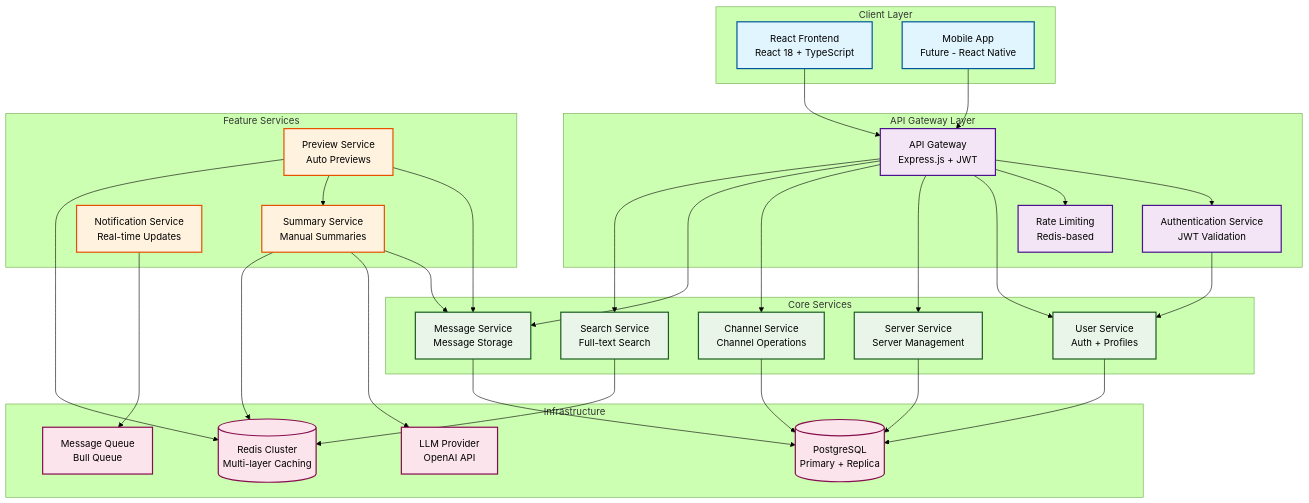
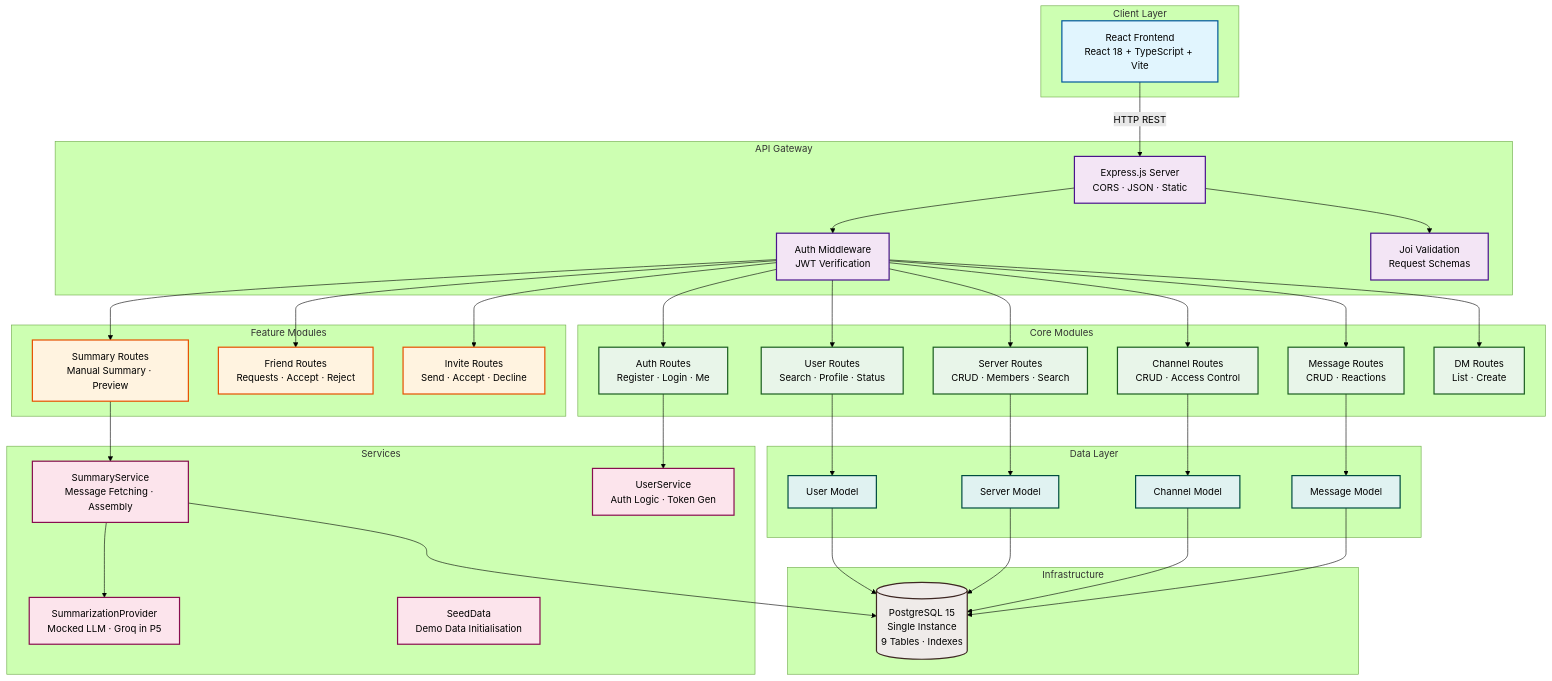
Before and after one commit to LibertyQuinzel/Web-Based-Discord-Clone: the diagram in docs/architecture/architecture_diagram.mmd, drawn with Mermaid (forest theme). The commit also changed 67 other files, not shown here.

Commit message:
P4: Backend implementation with tests, docs, and diagrams

```diff
--- a/docs/architecture/architecture_diagram.mmd
+++ b/docs/architecture/architecture_diagram.mmd
@@ -1,81 +1,96 @@
 graph TB
     subgraph "Client Layer"
-        WEB[React Frontend<br/>React 18 + TypeScript]
-        MOBILE[Mobile App<br/>Future - React Native]
+        WEB[React Frontend<br/>React 18 + TypeScript + Vite]
     end
-    
-    subgraph "API Gateway Layer"
-        GATEWAY[API Gateway<br/>Express.js + JWT]
-        AUTH[Authentication Service<br/>JWT Validation]
-        RATE[Rate Limiting<br/>Redis-based]
+
+    subgraph "API Gateway"
+        GATEWAY[Express.js Server<br/>CORS · JSON · Static]
+        AUTH_MW[Auth Middleware<br/>JWT Verification]
+        VALID[Joi Validation<br/>Request Schemas]
     end
-    
-    subgraph "Core Services"
-        USER[User Service<br/>Auth + Profiles]
-        SERVER[Server Service<br/>Server Management]
-        CHANNEL[Channel Service<br/>Channel Operations]
-        MESSAGE[Message Service<br/>Message Storage]
-        SEARCH[Search Service<br/>Full-text Search]
+
+    subgraph "Core Modules"
+        AUTH_SVC[Auth Routes<br/>Register · Login · Me]
+        USER_SVC[User Routes<br/>Search · Profile · Status]
+        SERVER_SVC[Server Routes<br/>CRUD · Members · Search]
+        CHANNEL_SVC[Channel Routes<br/>CRUD · Access Control]
+        MSG_SVC[Message Routes<br/>CRUD · Reactions]
+        DM_SVC[DM Routes<br/>List · Create]
     end
-    
-    subgraph "Feature Services"
-        SUMMARY[Summary Service<br/>Manual Summaries]
-        PREVIEW[Preview Service<br/>Auto Previews]
-        NOTIFICATION[Notification Service<br/>Real-time Updates]
+
+    subgraph "Feature Modules"
+        SUMMARY_SVC[Summary Routes<br/>Manual Summary · Preview]
+        FRIEND_SVC[Friend Routes<br/>Requests · Accept · Reject]
+        INVITE_SVC[Invite Routes<br/>Send · Accept · Decline]
     end
-    
+
+    subgraph "Services"
+        SUMMARY_LOGIC[SummaryService<br/>Message Fetching · Assembly]
+        LLM_MOCK[SummarizationProvider<br/>Mocked LLM · Groq in P5]
+        USER_LOGIC[UserService<br/>Auth Logic · Token Gen]
+        SEED[SeedData<br/>Demo Data Initialisation]
+    end
+
+    subgraph "Data Layer"
+        USER_MODEL[User Model]
+        SERVER_MODEL[Server Model]
+        CHANNEL_MODEL[Channel Model]
+        MSG_MODEL[Message Model]
+    end
+
     subgraph "Infrastructure"
-        DB[(PostgreSQL<br/>Primary + Replica)]
-        CACHE[(Redis Cluster<br/>Multi-layer Caching)]
-        QUEUE[Message Queue<br/>Bull Queue]
-        LLM[LLM Provider<br/>OpenAI API]
+        DB[(PostgreSQL 15<br/>Single Instance<br/>9 Tables · Indexes)]
     end
-    
-    %% Client connections
-    WEB --> GATEWAY
-    MOBILE --> GATEWAY
-    
-    %% Gateway internal routing
-    GATEWAY --> AUTH
-    GATEWAY --> RATE
-    
-    %% Service routing
-    AUTH --> USER
-    GATEWAY --> USER
-    GATEWAY --> SERVER
-    GATEWAY --> CHANNEL
-    GATEWAY --> MESSAGE
-    GATEWAY --> SEARCH
-    
-    %% Feature service dependencies
-    SUMMARY --> MESSAGE
-    SUMMARY --> LLM
-    PREVIEW --> MESSAGE
-    PREVIEW --> SUMMARY
-    
-    %% Database connections
-    USER --> DB
-    SERVER --> DB
-    CHANNEL --> DB
-    MESSAGE --> DB
-    
-    %% Cache connections
-    SEARCH --> CACHE
-    SUMMARY --> CACHE
-    PREVIEW --> CACHE
-    
-    %% Queue connections
-    NOTIFICATION --> QUEUE
-    
+
+    %% Client to Gateway
+    WEB -->|HTTP REST| GATEWAY
+    GATEWAY --> AUTH_MW
+    GATEWAY --> VALID
+
+    %% Gateway to Core
+    AUTH_MW --> AUTH_SVC
+    AUTH_MW --> USER_SVC
+    AUTH_MW --> SERVER_SVC
+    AUTH_MW --> CHANNEL_SVC
+    AUTH_MW --> MSG_SVC
+    AUTH_MW --> DM_SVC
+
+    %% Gateway to Features
+    AUTH_MW --> SUMMARY_SVC
+    AUTH_MW --> FRIEND_SVC
+    AUTH_MW --> INVITE_SVC
+
+    %% Feature dependencies
+    SUMMARY_SVC --> SUMMARY_LOGIC
+    SUMMARY_LOGIC --> LLM_MOCK
+    AUTH_SVC --> USER_LOGIC
+
+    %% Routes to Models
+    USER_SVC --> USER_MODEL
+    SERVER_SVC --> SERVER_MODEL
+    CHANNEL_SVC --> CHANNEL_MODEL
+    MSG_SVC --> MSG_MODEL
+
+    %% Models to DB
+    USER_MODEL --> DB
+    SERVER_MODEL --> DB
+    CHANNEL_MODEL --> DB
+    MSG_MODEL --> DB
+    SUMMARY_LOGIC --> DB
+
     %% Styling
     classDef client fill:#e1f5fe,stroke:#01579b,stroke-width:2px
     classDef gateway fill:#f3e5f5,stroke:#4a148c,stroke-width:2px
-    classDef core fill:#e8f5e8,stroke:#1b5e20,stroke-width:2px
+    classDef core fill:#e8f5e9,stroke:#1b5e20,stroke-width:2px
     classDef feature fill:#fff3e0,stroke:#e65100,stroke-width:2px
-    classDef infra fill:#fce4ec,stroke:#880e4f,stroke-width:2px
-    
-    class WEB,MOBILE client
-    class GATEWAY,AUTH,RATE gateway
-    class USER,SERVER,CHANNEL,MESSAGE,SEARCH core
-    class SUMMARY,PREVIEW,NOTIFICATION feature
-    class DB,CACHE,QUEUE,LLM infra
+    classDef service fill:#fce4ec,stroke:#880e4f,stroke-width:2px
+    classDef model fill:#e0f2f1,stroke:#004d40,stroke-width:2px
+    classDef infra fill:#efebe9,stroke:#3e2723,stroke-width:2px
+
+    class WEB client
+    class GATEWAY,AUTH_MW,VALID gateway
+    class AUTH_SVC,USER_SVC,SERVER_SVC,CHANNEL_SVC,MSG_SVC,DM_SVC core
+    class SUMMARY_SVC,FRIEND_SVC,INVITE_SVC feature
+    class SUMMARY_LOGIC,LLM_MOCK,USER_LOGIC,SEED service
+    class USER_MODEL,SERVER_MODEL,CHANNEL_MODEL,MSG_MODEL model
+    class DB infra
```
